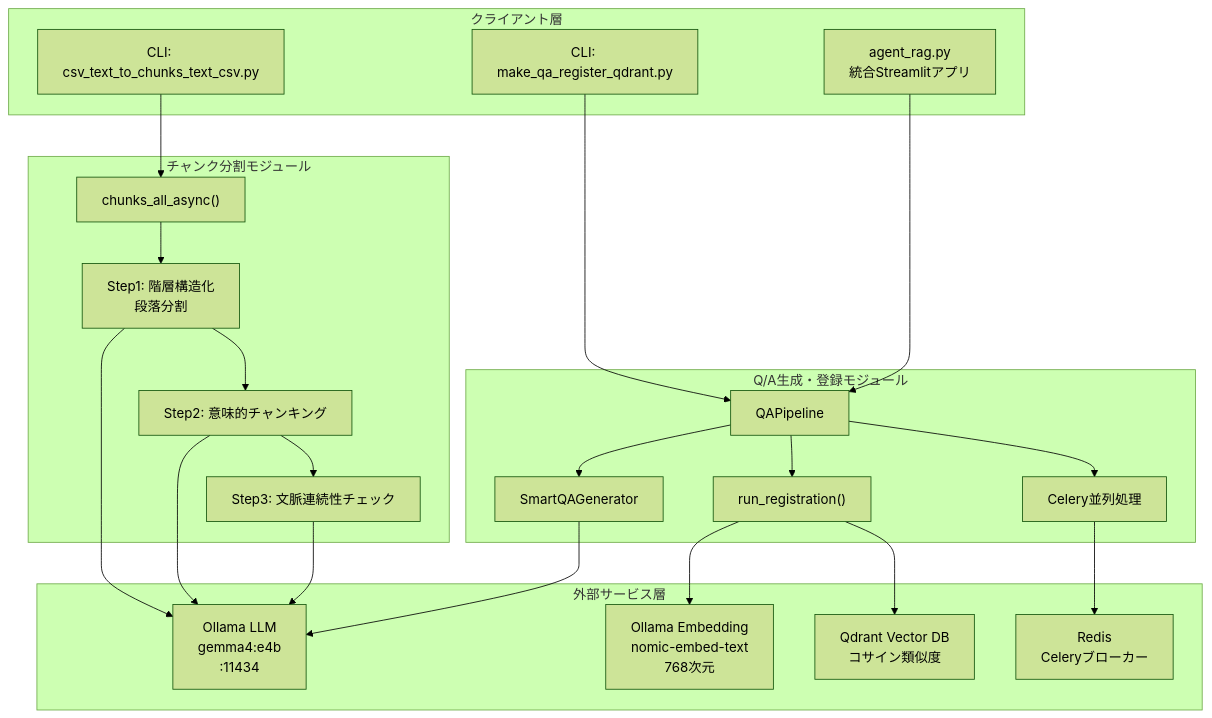
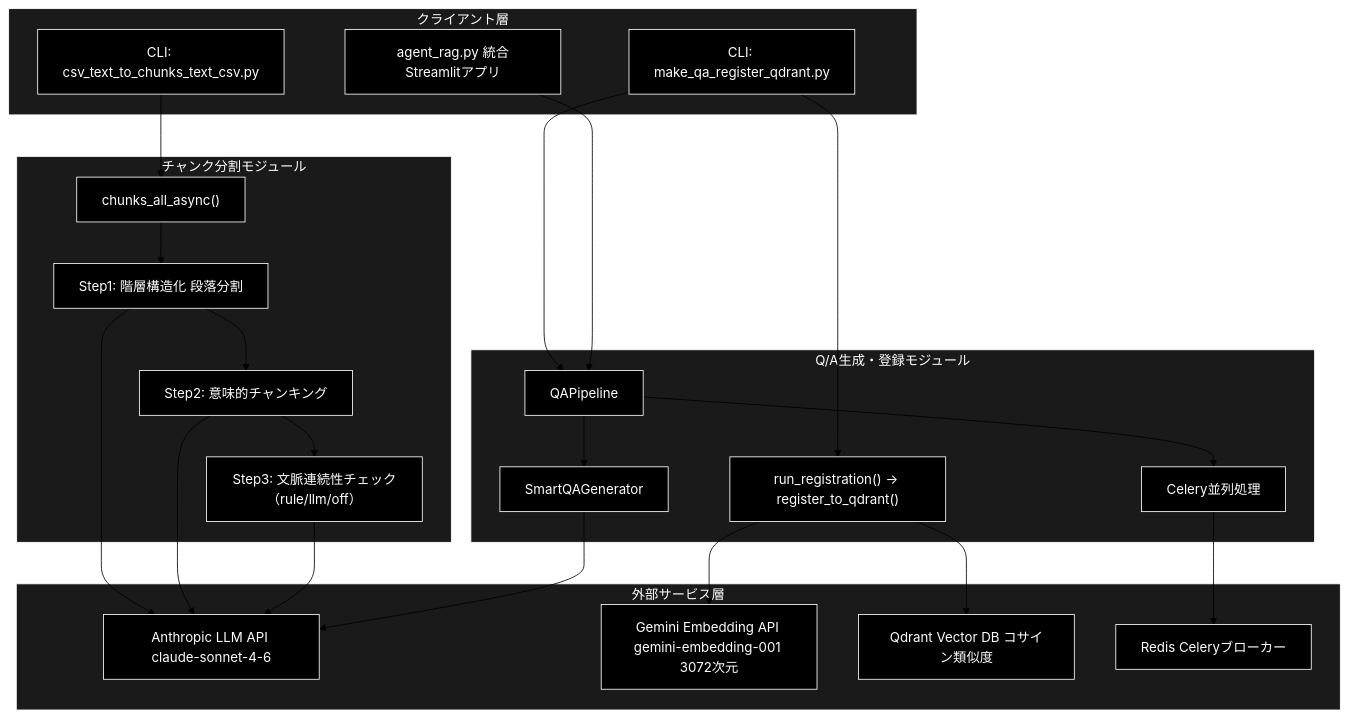
Before and after one commit to nakashima2toshio/ollama_grace_agent_v2: the first of 5 diagrams in readme_rag.md, drawn with Mermaid (forest theme). The commit also changed other lines of this file and 7 other files, not shown here.

````diff
--- a/readme_rag.md
+++ b/readme_rag.md
@@ -81,43 +86,50 @@
 ```mermaid
 flowchart TB
     subgraph CLIENT["クライアント層"]
-        APP["agent_rag.py<br/>統合Streamlitアプリ"]
+        APP["agent_rag.py 統合Streamlitアプリ"]
         CLI_CHUNK["CLI: csv_text_to_chunks_text_csv.py"]
         CLI_QA["CLI: make_qa_register_qdrant.py"]
     end
 
     subgraph CHUNKING["チャンク分割モジュール"]
         CHUNK_MAIN["chunks_all_async()"]
-        STEP1["Step1: 階層構造化<br/>段落分割"]
+        STEP1["Step1: 階層構造化 段落分割"]
         STEP2["Step2: 意味的チャンキング"]
-        STEP3["Step3: 文脈連続性チェック"]
+        STEP3["Step3: 文脈連続性チェック（rule/llm/off）"]
     end
 
     subgraph QA_PIPELINE["Q/A生成・登録モジュール"]
         PIPELINE["QAPipeline"]
         SMART_QA["SmartQAGenerator"]
         CELERY["Celery並列処理"]
-        REG["run_registration()"]
+        REG["run_registration() → register_to_qdrant()"]
     end
 
     subgraph EXTERNAL["外部サービス層"]
-        OLLAMA_LLM["Ollama LLM\ngemma4:e4b\n:11434"]
-        OLLAMA_EMB["Ollama Embedding\nnomic-embed-text\n768次元"]
-        QDRANT["Qdrant Vector DB<br/>コサイン類似度"]
-        REDIS["Redis<br/>Celeryブローカー"]
+        ANTHROPIC_LLM["Anthropic LLM API claude-sonnet-4-6"]
+        GEMINI_EMB["Gemini Embedding API gemini-embedding-001 3072次元"]
+        QDRANT["Qdrant Vector DB コサイン類似度"]
+        REDIS["Redis Celeryブローカー"]
     end
 
     CLI_CHUNK --> CHUNK_MAIN
     CHUNK_MAIN --> STEP1 --> STEP2 --> STEP3
-    STEP1 --> OLLAMA_LLM
-    STEP2 --> OLLAMA_LLM
-    STEP3 --> OLLAMA_LLM
+    STEP1 --> ANTHROPIC_LLM
+    STEP2 --> ANTHROPIC_LLM
+    STEP3 --> ANTHROPIC_LLM
 
     CLI_QA --> PIPELINE
     APP --> PIPELINE
-    PIPELINE --> SMART_QA --> OLLAMA_LLM
+    PIPELINE --> SMART_QA --> ANTHROPIC_LLM
     PIPELINE --> CELERY --> REDIS
-    PIPELINE --> REG
-    REG --> OLLAMA_EMB
+    CLI_QA --> REG
+    REG --> GEMINI_EMB
     REG --> QDRANT
+classDef default fill:#000,stroke:#fff,color:#fff
+classDef subgraphStyle fill:#1a1a1a,stroke:#fff,color:#fff
+class APP,CLI_CHUNK,CLI_QA,CHUNK_MAIN,STEP1,STEP2,STEP3,PIPELINE,SMART_QA,CELERY,REG,ANTHROPIC_LLM,GEMINI_EMB,QDRANT,REDIS default
+style CLIENT fill:#1a1a1a,stroke:#fff,color:#fff
+style CHUNKING fill:#1a1a1a,stroke:#fff,color:#fff
+style QA_PIPELINE fill:#1a1a1a,stroke:#fff,color:#fff
+style EXTERNAL fill:#1a1a1a,stroke:#fff,color:#fff
 ```
````
